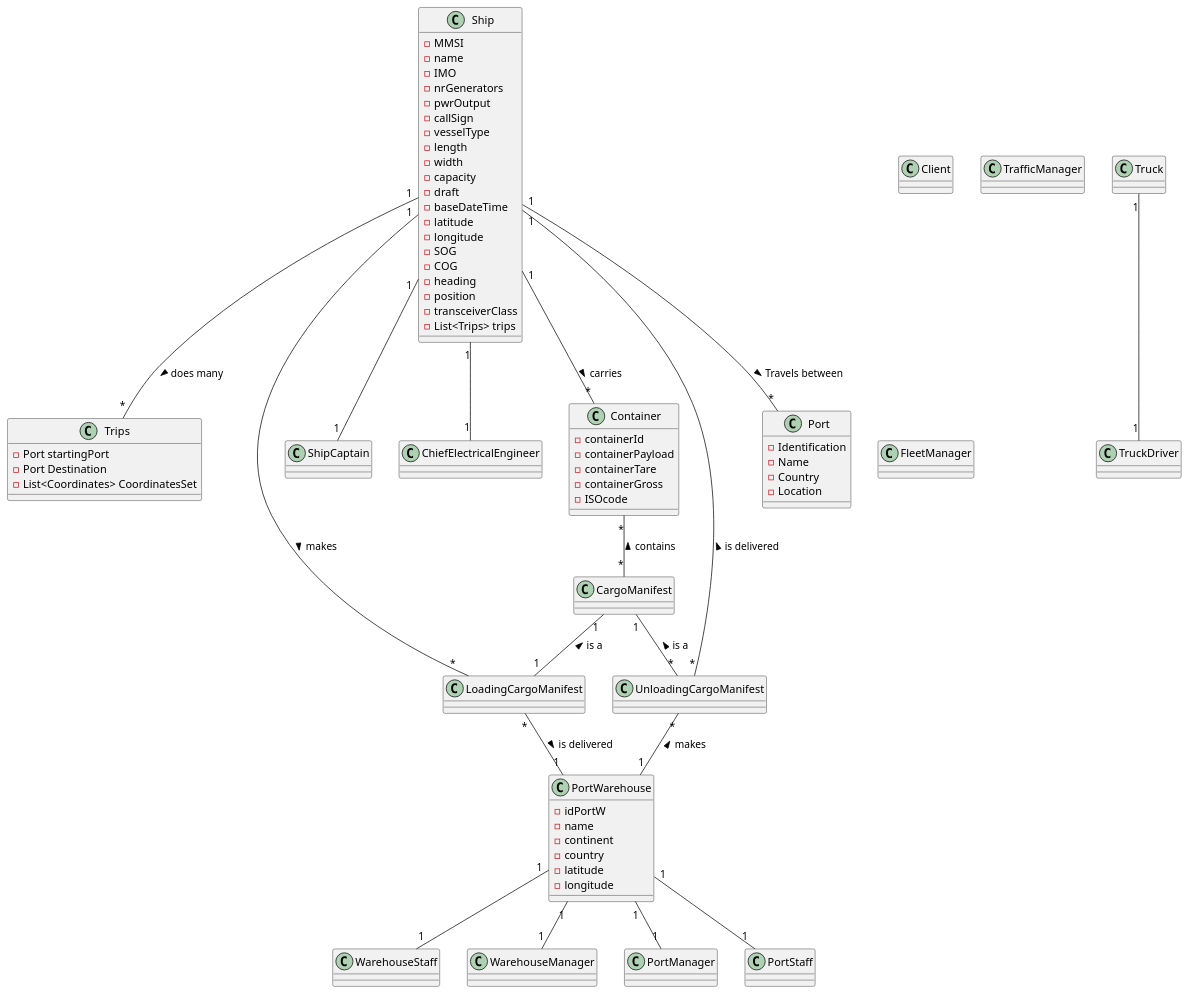
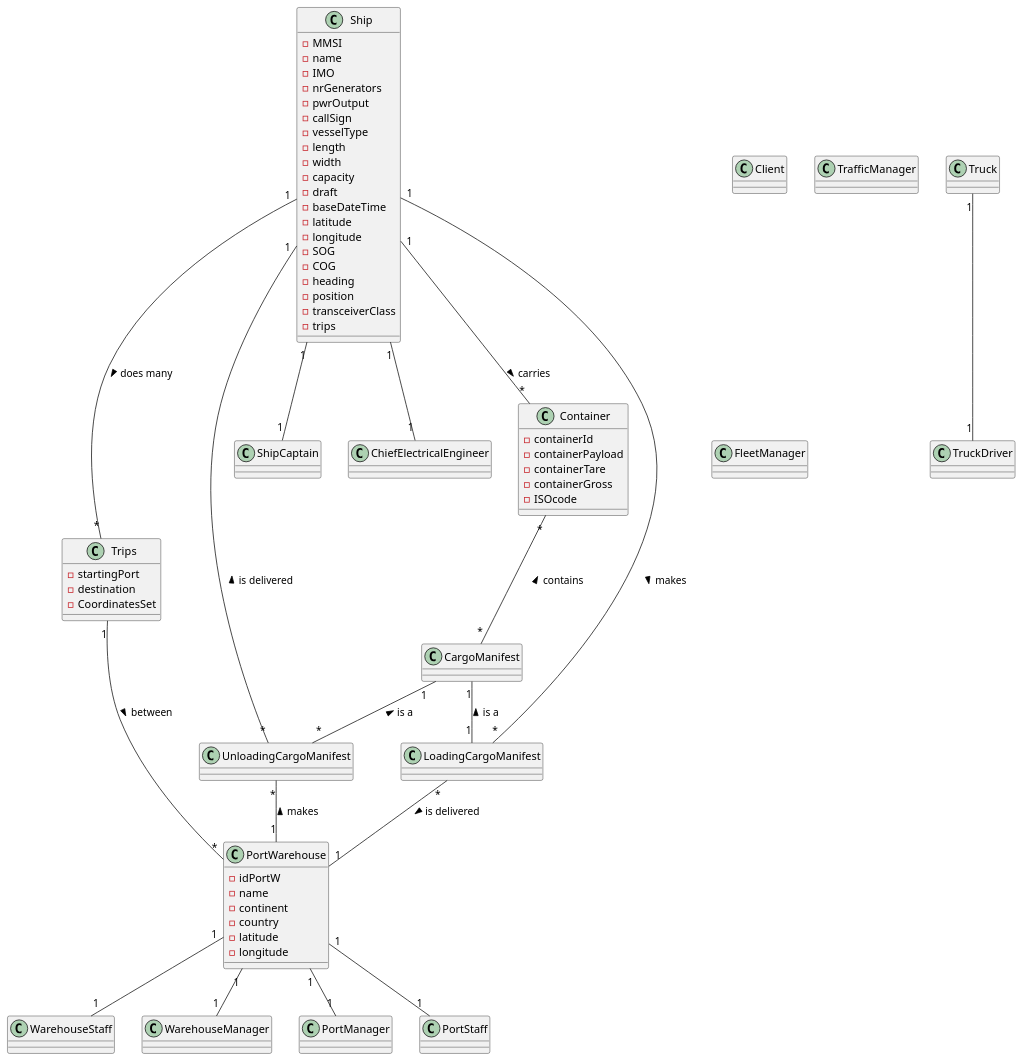
One commit to mpoboas/lapr3-2021-g102 changed the diagram in docs/Sprint1/DM.puml. Above: the diagram before and after it, drawn with PlantUML. The commit also changed 1 other file, not shown here.

```diff
--- a/docs/Sprint1/DM.puml
+++ b/docs/Sprint1/DM.puml
@@ -1,120 +1,113 @@
 @startuml
 'https://plantuml.com/class-diagram
 
 class Ship
 
 class Ship {
 -MMSI
 -name
 -IMO
 -nrGenerators
 -pwrOutput
 -callSign
 -vesselType
 -length
 -width
 -capacity
 -draft
 -baseDateTime
 -latitude
 -longitude
 -SOG
 -COG
 -heading
 -position
 -transceiverClass
--List<Trips> trips
+-trips
 }
 class Trips{
--Port startingPort
--Port Destination
--List<Coordinates> CoordinatesSet
+-startingPort
+-destination
+-CoordinatesSet
 }
 class Truck {
 }
 
 class Container {
 -containerId
 -containerPayload
 -containerTare
 -containerGross
 -ISOcode
 }
 
 class PortWarehouse {
 -idPortW
 -name
 -continent
 -country
 -latitude
 -longitude
 }
 
 class ShipCaptain {
 }
 
 class Client {
 }
 
 class TrafficManager {
 }
 
 class FleetManager {
 }
 
 class WarehouseStaff {
 }
 
 class WarehouseManager {
 }
 
 class PortManager {
 }
 
 class PortStaff {
 }
 
 class TrafficManager {
 }
 
 class TruckDriver {
 }
 
 class ChiefElectricalEngineer {
 }
 
 class CargoManifest {
 }
 
 class LoadingCargoManifest {
 }
 
 class UnloadingCargoManifest {
 }
 
-class Port{
--Identification
--Name
--Country
--Location
-}
-
 Ship "1" -- "*" Container : carries >
 Ship "1" -- "1" ShipCaptain
 Ship "1" -- "1" ChiefElectricalEngineer
 Ship "1" -- "*" LoadingCargoManifest : makes >
 Ship "1" -- "*" UnloadingCargoManifest : is delivered <
-Ship "1" -- "*" Port : Travels between >
+Trips "1" -- "*" PortWarehouse : between >
 Ship "1" -- "*" Trips : does many >
 Container "*" -- "*" CargoManifest : contains <
 Truck "1" -- "1" TruckDriver
 PortWarehouse "1" -- "1" WarehouseManager
 PortWarehouse "1" -- "1" WarehouseStaff
 PortWarehouse "1" -- "1" PortManager
 PortWarehouse "1" -- "1" PortStaff
 LoadingCargoManifest "1" -u- "1" CargoManifest : is a >
 LoadingCargoManifest "*" -- "1" PortWarehouse : is delivered >
 UnloadingCargoManifest "*" -- "1" PortWarehouse : makes <
 UnloadingCargoManifest "*" -u- "1" CargoManifest : is a >
 
 @enduml
```
